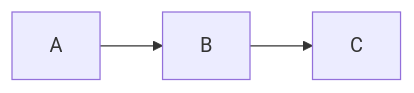
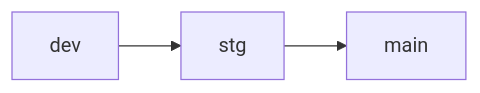
One commit to kenji-manabe/mermaid-test changed the diagram in README.md. Above: the diagram before and after it, drawn with Mermaid.

````diff
--- a/README.md
+++ b/README.md
@@ -3,5 +3,5 @@
 ```mermaid
 flowchart LR
-    A --> B
-    B --> C
+    dev --> stg
+    stg --> main
 ```
````
